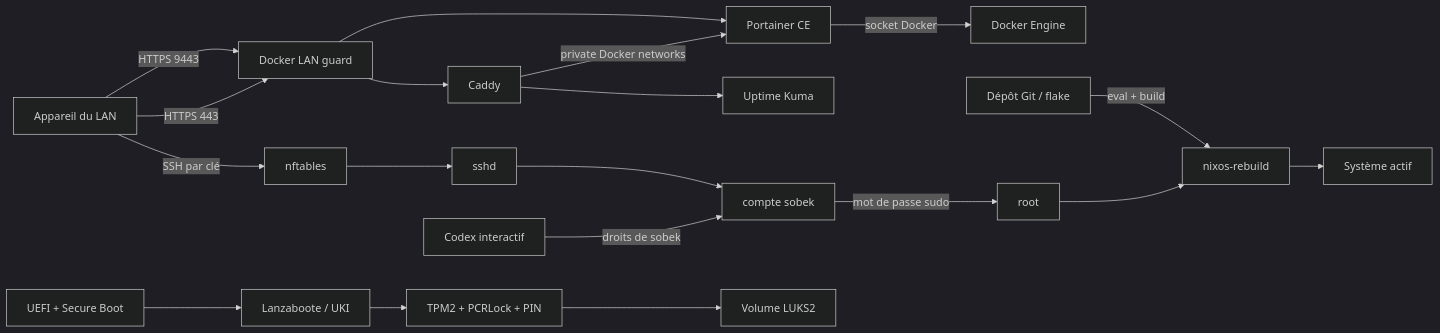
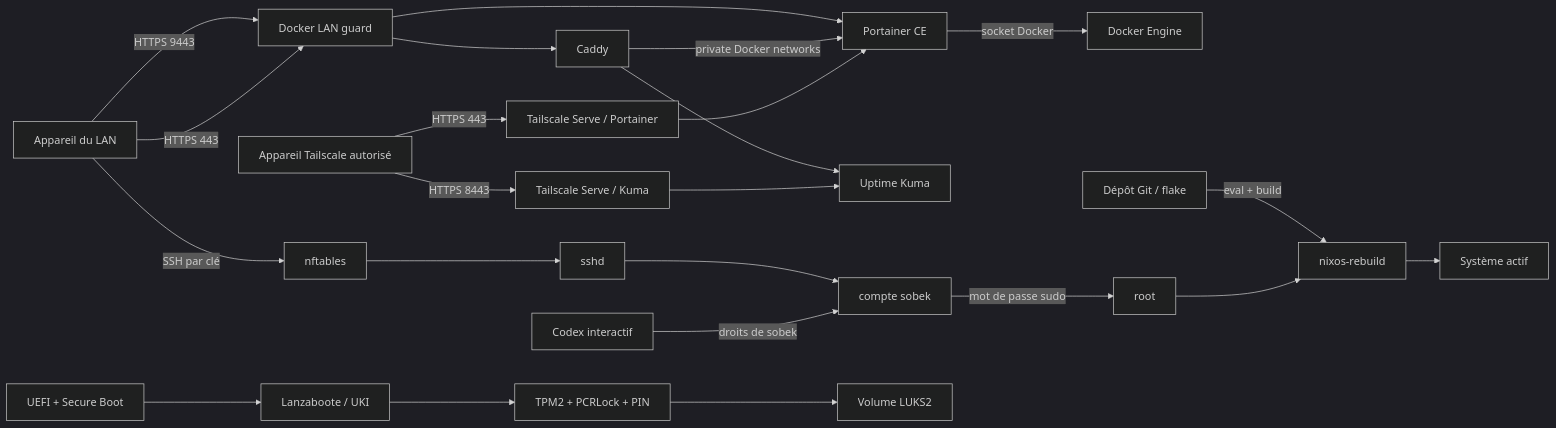
One commit to sobekkkk/nixos-homelab-conf changed the diagram in docs/THREAT_MODEL.md. Above: the diagram before and after it, drawn with Mermaid (dark theme). The commit also changed other lines of this file and 5 other files, not shown here.

Commit message:
Expose Uptime Kuma privately through Tailscale

````diff
--- a/docs/THREAT_MODEL.md
+++ b/docs/THREAT_MODEL.md
@@ -16,21 +16,25 @@
 ```mermaid
 flowchart LR
     LAN[Appareil du LAN] -->|SSH par clé| FW[nftables]
     FW --> SSH[sshd]
     LAN -->|HTTPS 9443| DGUARD[Docker LAN guard]
     DGUARD --> PORTAINER[Portainer CE]
     PORTAINER -->|socket Docker| DOCKER[Docker Engine]
     LAN -->|HTTPS 443| DGUARD
     DGUARD --> CADDY[Caddy]
     CADDY -->|private Docker networks| PORTAINER
     CADDY --> KUMA[Uptime Kuma]
+    TAILNET[Appareil Tailscale autorisé] -->|HTTPS 443| TS_PORTAINER[Tailscale Serve / Portainer]
+    TAILNET -->|HTTPS 8443| TS_KUMA[Tailscale Serve / Kuma]
+    TS_PORTAINER --> PORTAINER
+    TS_KUMA --> KUMA
     SSH --> USER[compte sobek]
     USER -->|mot de passe sudo| ROOT[root]
     GIT[Dépôt Git / flake] -->|eval + build| REBUILD[nixos-rebuild]
     ROOT --> REBUILD
     REBUILD --> SYSTEM[Système actif]
     UEFI[UEFI + Secure Boot] --> UKI[Lanzaboote / UKI]
     UKI --> TPM[TPM2 + PCRLock + PIN]
     TPM --> LUKS[Volume LUKS2]
     CODEX[Codex interactif] -->|droits de sobek| USER
 ```
````
